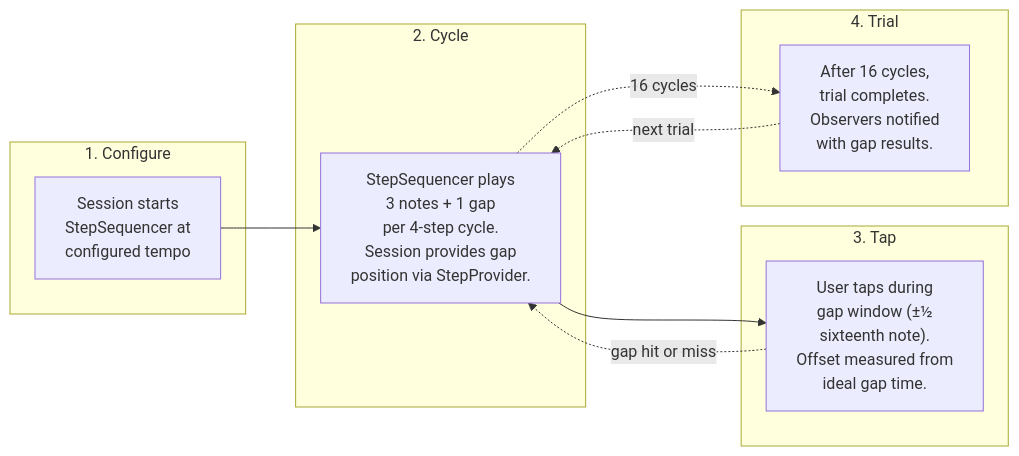
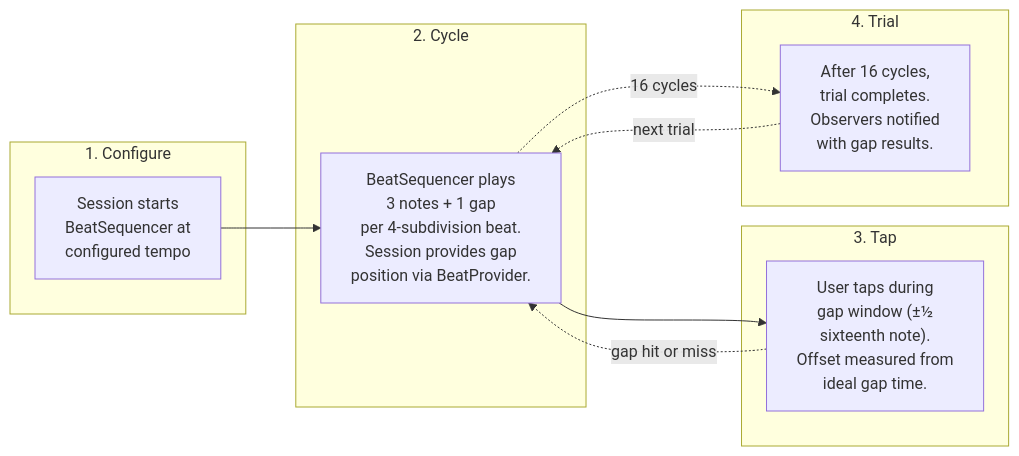
One commit to mschuerig/peach-ios changed the eighth of 12 diagrams in docs/arc42.md. Above: the diagram before and after it, drawn with Mermaid. The commit also changed other lines of this file and 10 other files, not shown here.

First line of the commit message:
Implement story 80.5: Architecture documentation touch-up for Timing Offset Detection

````diff
--- a/docs/arc42.md
+++ b/docs/arc42.md
@@ -389,20 +392,20 @@
 ```mermaid
 graph LR
     subgraph "1. Configure"
-        A["Session starts<br/>StepSequencer at<br/>configured tempo"]
+        A["Session starts<br/>BeatSequencer at<br/>configured tempo"]
     end
     subgraph "2. Cycle"
-        B["StepSequencer plays<br/>3 notes + 1 gap<br/>per 4-step cycle.<br/>Session provides gap<br/>position via StepProvider."]
+        B["BeatSequencer plays<br/>3 notes + 1 gap<br/>per 4-subdivision beat.<br/>Session provides gap<br/>position via BeatProvider."]
     end
     subgraph "3. Tap"
         C["User taps during<br/>gap window (±½<br/>sixteenth note).<br/>Offset measured from<br/>ideal gap time."]
     end
     subgraph "4. Trial"
         D["After 16 cycles,<br/>trial completes.<br/>Observers notified<br/>with gap results."]
     end
 
     A --> B --> C
     C -.->|gap hit or miss| B
     B -.->|16 cycles| D
     D -.->|next trial| B
 ```
````
